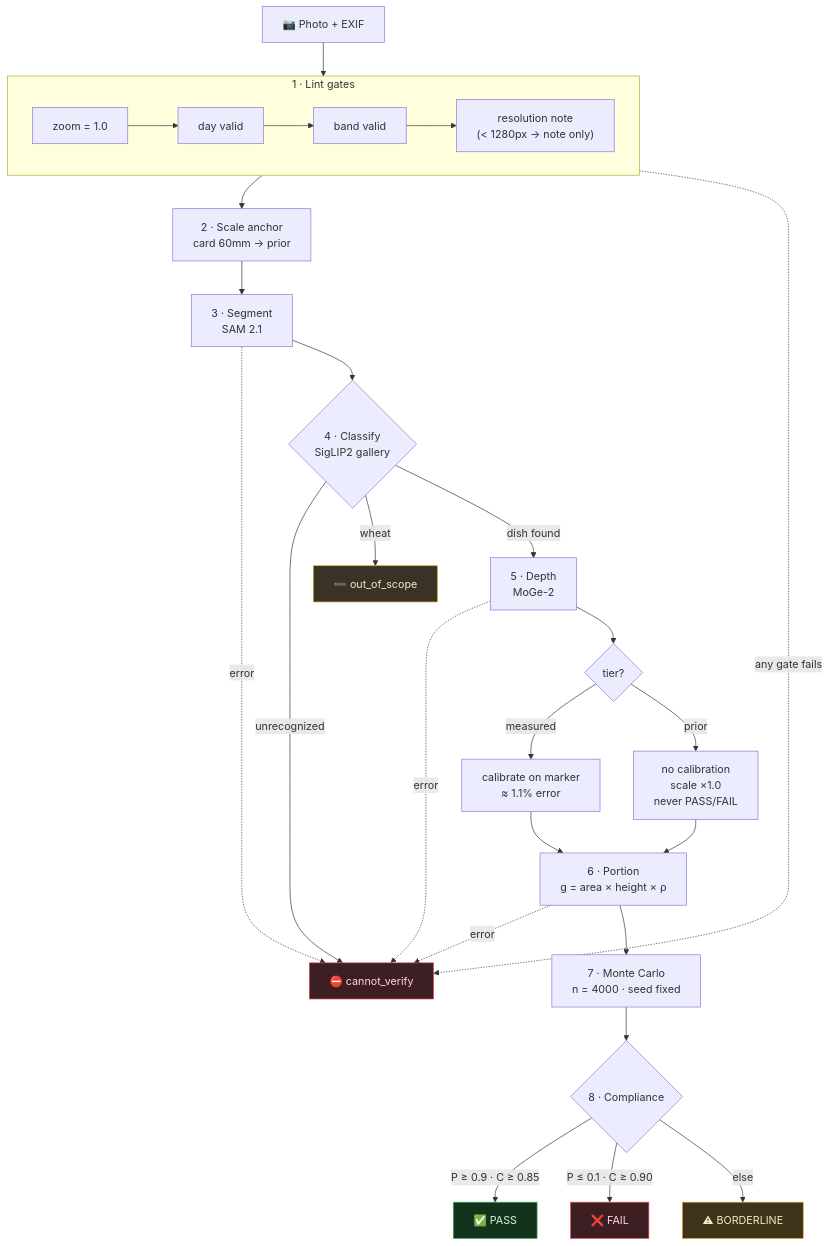
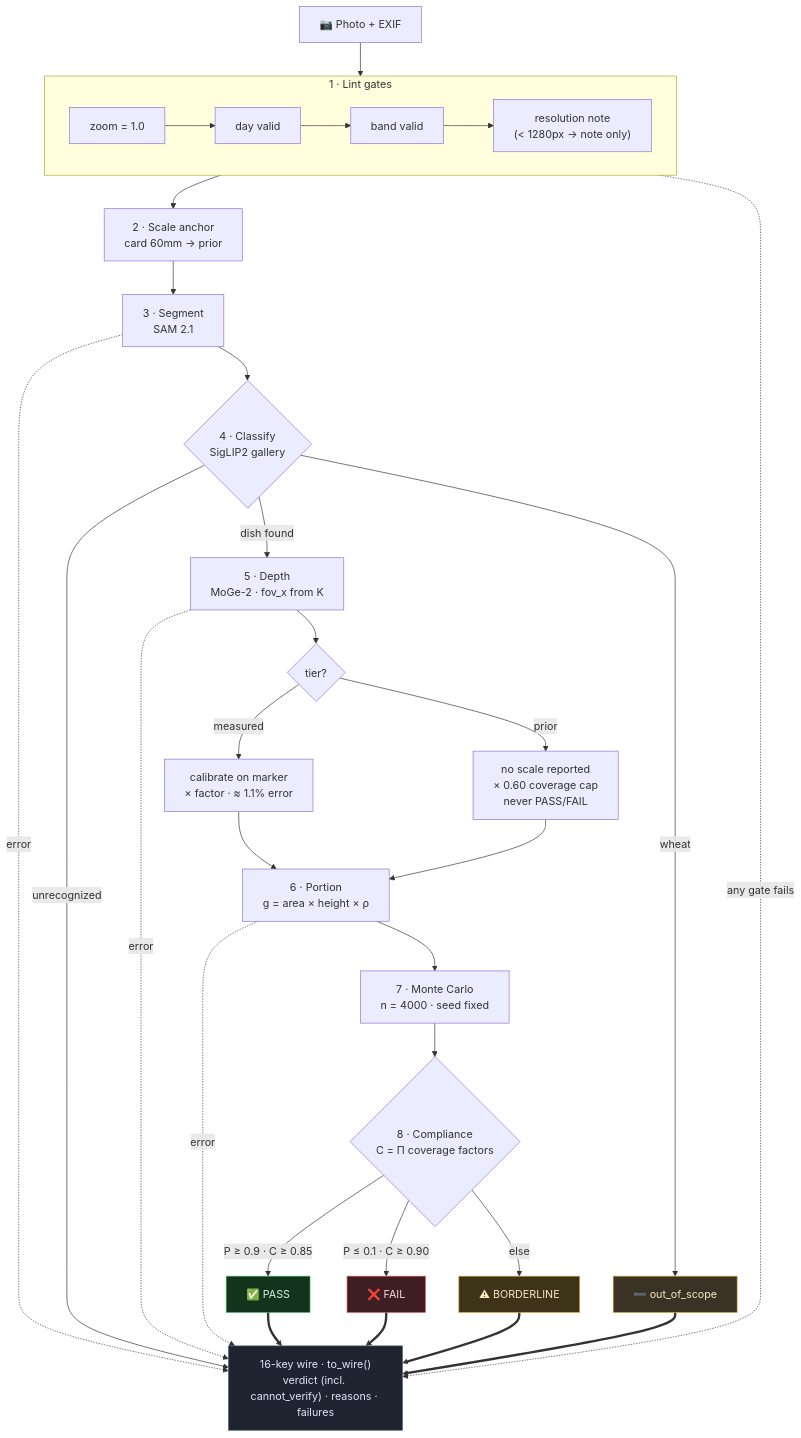
The diagram in README.md (Lion4467cat/NutriSense), drawn with Mermaid before and after one commit. The commit also changed other lines of this file, not shown here.

Commit message:
README: update pipeline flowchart — fov_x into depth, honest calibration (no fake ×1.0), depth coverage factor, all exits via 16-key wire

````diff
--- a/README.md
+++ b/README.md
@@ -36,44 +36,50 @@
 ```mermaid
 flowchart TD
     IMG["📷 Photo + EXIF"] --> L1
 
     subgraph LINT["1 · Lint gates"]
         direction LR
         L1["zoom = 1.0"] --> L2["day valid"] --> L3["band valid"] --> L4["resolution note<br/>(< 1280px → note only)"]
     end
 
-    LINT -.->|"any gate fails"| CV["⛔ cannot_verify"]
+    LINT -.->|"any gate fails"| WIRE
     L4 --> A["2 · Scale anchor<br/>card 60mm → prior"]
 
     A --> SEG["3 · Segment<br/>SAM 2.1"]
-    SEG -.->|error| CV
+    SEG -.->|error| WIRE
     SEG --> CLS{"4 · Classify<br/>SigLIP2 gallery"}
 
-    CLS -->|"unrecognized"| CV
+    CLS -->|"unrecognized"| WIRE
     CLS -->|wheat| OOS["➖ out_of_scope"]
-    CLS -->|"dish found"| DEPTH["5 · Depth<br/>MoGe-2"]
+    CLS -->|"dish found"| DEPTH["5 · Depth<br/>MoGe-2 · fov_x from K"]
 
-    DEPTH -.->|error| CV
+    DEPTH -.->|error| WIRE
     DEPTH --> TIER{"tier?"}
-    TIER -->|measured| CAL["calibrate on marker<br/>≈ 1.1% error"]
-    TIER -->|prior| SKIP["no calibration<br/>scale ×1.0<br/>never PASS/FAIL"]
+    TIER -->|measured| CAL["calibrate on marker<br/>× factor · ≈ 1.1% error"]
+    TIER -->|prior| NOCAL["no scale reported<br/>× 0.60 coverage cap<br/>never PASS/FAIL"]
     CAL --> PORT["6 · Portion<br/>g = area × height × ρ"]
-    SKIP --> PORT
-    PORT -.->|error| CV
+    NOCAL --> PORT
+    PORT -.->|error| WIRE
     PORT --> MC["7 · Monte Carlo<br/>n = 4000 · seed fixed"]
 
-    MC --> VER{"8 · Compliance"}
+    MC --> VER{"8 · Compliance<br/>C = Π coverage factors"}
     VER -->|"P ≥ 0.9 · C ≥ 0.85"| PASS["✅ PASS"]
     VER -->|"P ≤ 0.1 · C ≥ 0.90"| FAIL["❌ FAIL"]
     VER -->|else| BORD["⚠ BORDERLINE"]
+
+    PASS ==> WIRE["16-key wire · to_wire()<br/>verdict (incl. cannot_verify) · reasons · failures"]
+    FAIL ==> WIRE
+    BORD ==> WIRE
+    OOS ==> WIRE
 
     classDef err fill:#3d1f23,stroke:#e05252,color:#ffd9d9
     classDef oos fill:#3a3325,stroke:#c9a227,color:#f5e9c8
     classDef ok fill:#14331c,stroke:#3fae62,color:#d4f5df
     classDef warn fill:#3d3319,stroke:#d9a13a,color:#fae9c4
-    class CV err
+    classDef wire fill:#1e2430,stroke:#5b6b85,color:#dfe7f5
     class OOS oos
     class PASS ok
     class FAIL err
     class BORD warn
+    class WIRE wire
 ```
````
